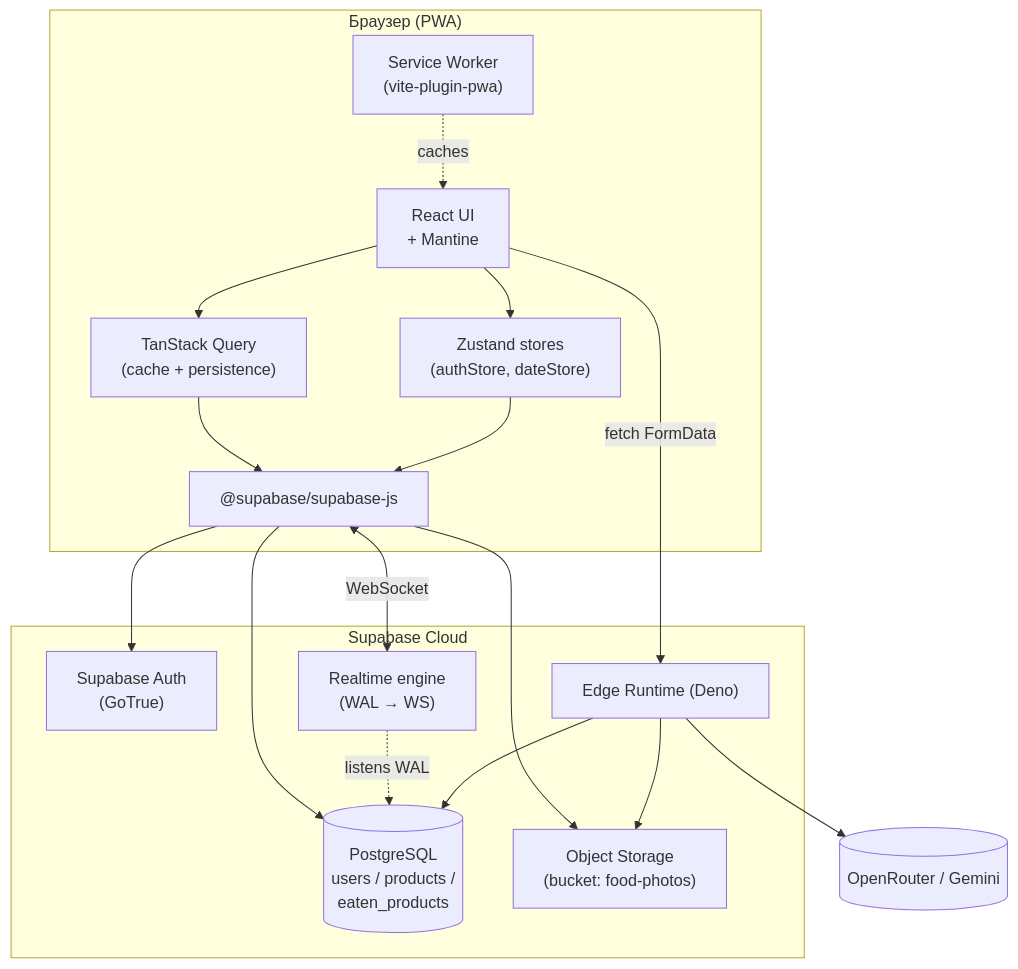
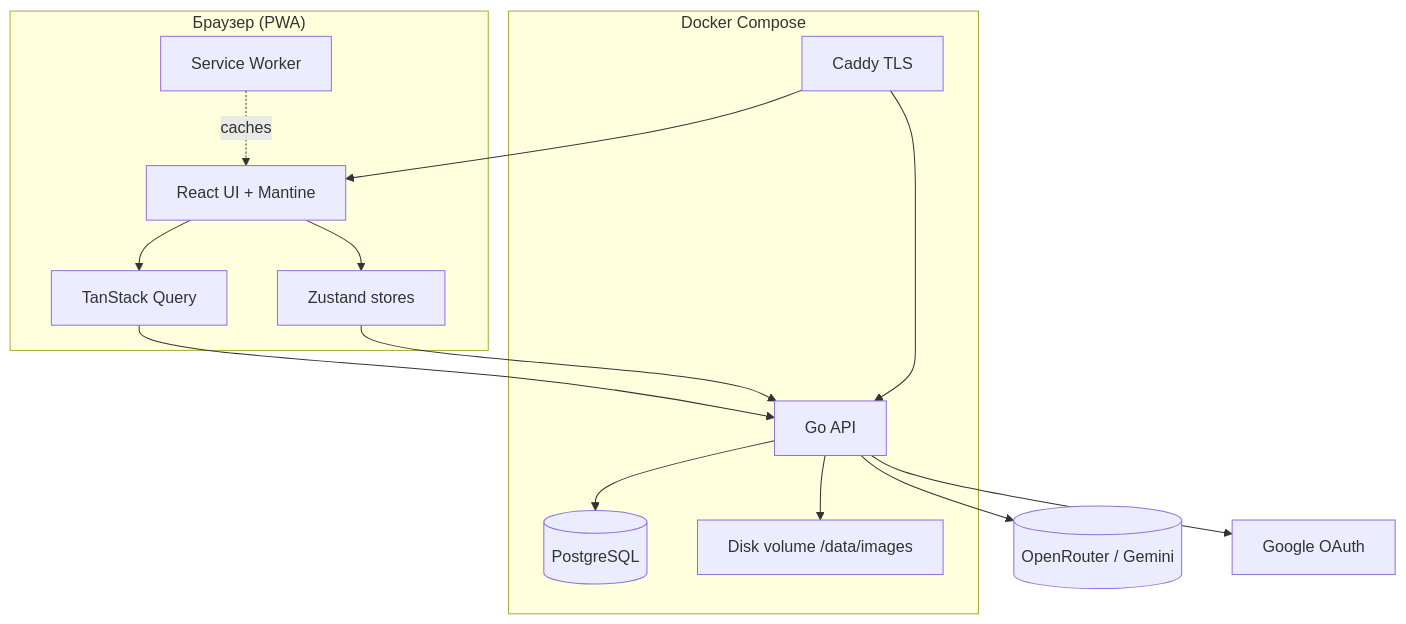
One commit to fedor-resh/macros-count-app changed the second of 4 diagrams in docs/05-architecture.md. Above: the diagram before and after it, drawn with Mermaid. The commit also changed other lines of this file and 87 other files, not shown here.

````diff
--- a/docs/05-architecture.md
+++ b/docs/05-architecture.md
@@ -43,35 +44,31 @@
 ```mermaid
 graph TB
     subgraph Browser["Браузер (PWA)"]
-        SW["Service Worker<br/>(vite-plugin-pwa)"]
-        UI["React UI<br/>+ Mantine"]
-        Store["Zustand stores<br/>(authStore, dateStore)"]
-        Query["TanStack Query<br/>(cache + persistence)"]
-        SDK["@supabase/supabase-js"]
+        SW["Service Worker"]
+        UI["React UI + Mantine"]
+        Store["Zustand stores"]
+        Query["TanStack Query"]
     end
 
-    subgraph SupabaseCloud["Supabase Cloud"]
-        Auth["Supabase Auth<br/>(GoTrue)"]
-        DB[("PostgreSQL<br/>users / products /<br/>eaten_products")]
-        Storage["Object Storage<br/>(bucket: food-photos)"]
-        Realtime["Realtime engine<br/>(WAL → WS)"]
-        EdgeRT["Edge Runtime (Deno)"]
+    subgraph Server["Docker Compose"]
+        Caddy["Caddy TLS"]
+        API["Go API"]
+        DB[("PostgreSQL")]
+        Disk["Disk volume /data/images"]
     end
 
     OpenRouter[(OpenRouter / Gemini)]
+    Google[Google OAuth]
 
     UI --> Store
     UI --> Query
-    Query --> SDK
-    Store --> SDK
-    SDK --> Auth
-    SDK --> DB
-    SDK --> Storage
-    SDK <-->|WebSocket| Realtime
-    Realtime -.->|listens WAL| DB
-    UI -->|fetch FormData| EdgeRT
-    EdgeRT --> Storage
-    EdgeRT --> DB
-    EdgeRT --> OpenRouter
+    Query --> API
+    Store --> API
+    Caddy --> API
+    Caddy --> UI
+    API --> DB
+    API --> Disk
+    API --> OpenRouter
+    API --> Google
     SW -.->|caches| UI
 ```
````
